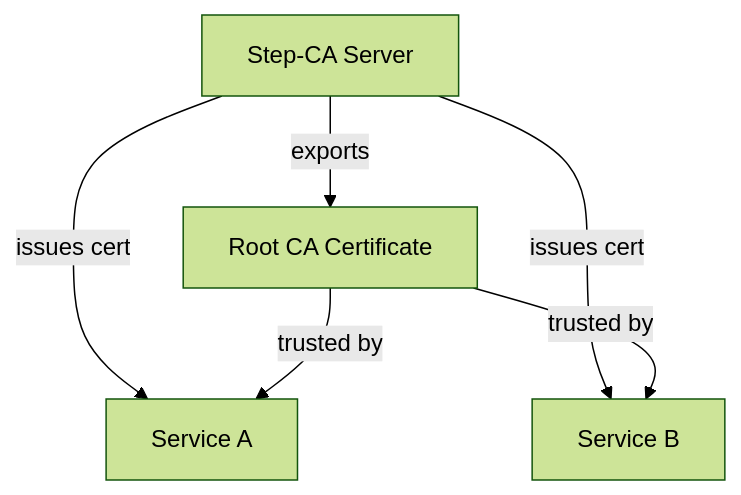
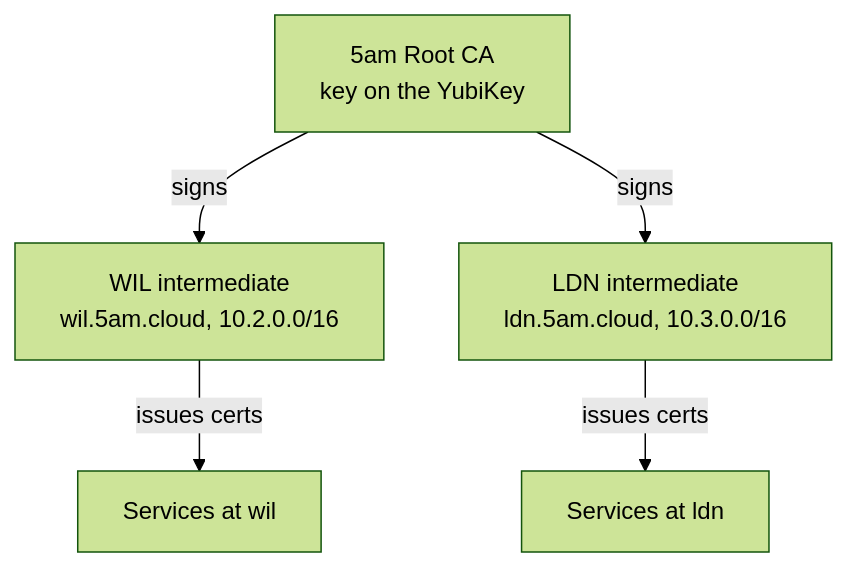
Before and after one commit to sfcal/homelab: the diagram in docs/infrastructure/ca/index.md, drawn with Mermaid (forest theme). The commit also changed other lines of this file and 11 other files, not shown here.

````diff
--- a/docs/infrastructure/ca/index.md
+++ b/docs/infrastructure/ca/index.md
@@ -10,13 +10,13 @@
 ```mermaid
 graph TD
-    StepCA[Step-CA Server]
-    Service1[Service A]
-    Service2[Service B]
-    RootCert[Root CA Certificate]
+    Root[5am Root CA<br/>key on the YubiKey]
+    WIL[WIL intermediate<br/>wil.5am.cloud, 10.2.0.0/16]
+    LDN[LDN intermediate<br/>ldn.5am.cloud, 10.3.0.0/16]
+    Service1[Services at wil]
+    Service2[Services at ldn]
 
-    StepCA -->|issues cert| Service1
-    StepCA -->|issues cert| Service2
-    StepCA -->|exports| RootCert
-    RootCert -->|trusted by| Service1
-    RootCert -->|trusted by| Service2
+    Root -->|signs| WIL
+    Root -->|signs| LDN
+    WIL -->|issues certs| Service1
+    LDN -->|issues certs| Service2
 ```
````
